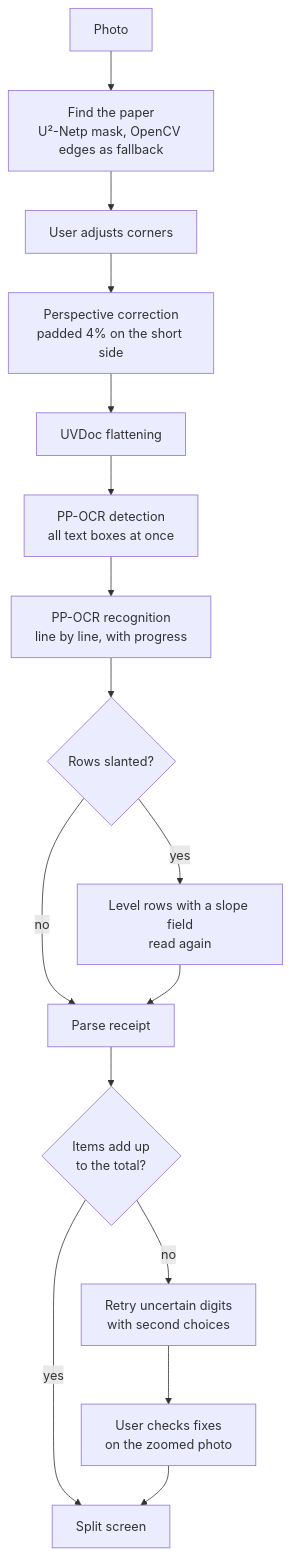
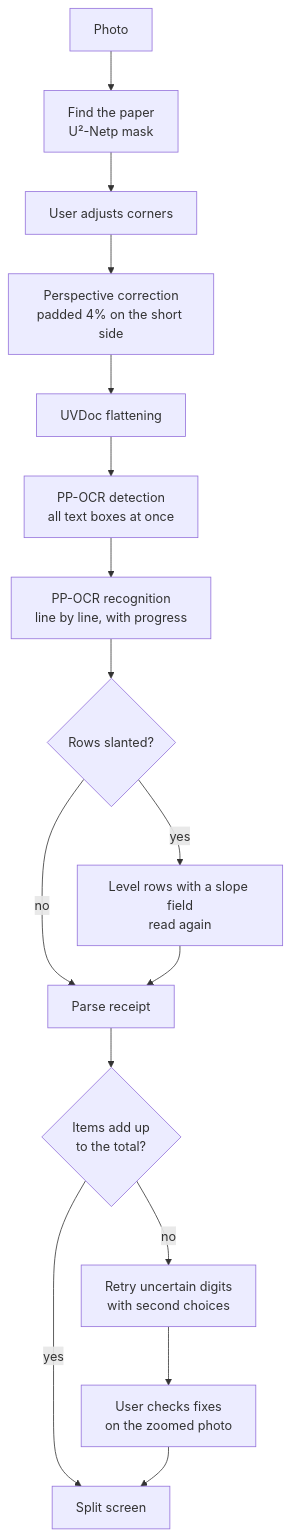
Before and after one commit to albzO/SlipSplit: the diagram in README.md, drawn with Mermaid. The commit also changed other lines of this file and 86 other files, not shown here.

````diff
--- a/README.md
+++ b/README.md
@@ -50,18 +50,18 @@
 ```mermaid
 flowchart TD
-    A[Photo] --> B[Find the paper<br/>U²-Netp mask, OpenCV edges as fallback]
+    A[Photo] --> B[Find the paper<br/>U²-Netp mask]
     B --> C[User adjusts corners]
     C --> D[Perspective correction<br/>padded 4% on the short side]
     D --> E[UVDoc flattening]
     E --> F[PP-OCR detection<br/>all text boxes at once]
     F --> G[PP-OCR recognition<br/>line by line, with progress]
     G --> H{Rows slanted?}
     H -- yes --> I[Level rows with a slope field<br/>read again]
     H -- no --> J[Parse receipt]
     I --> J
     J --> K{Items add up<br/>to the total?}
     K -- no --> L[Retry uncertain digits<br/>with second choices]
     K -- yes --> M[Split screen]
     L --> N[User checks fixes<br/>on the zoomed photo]
     N --> M
 ```
````
